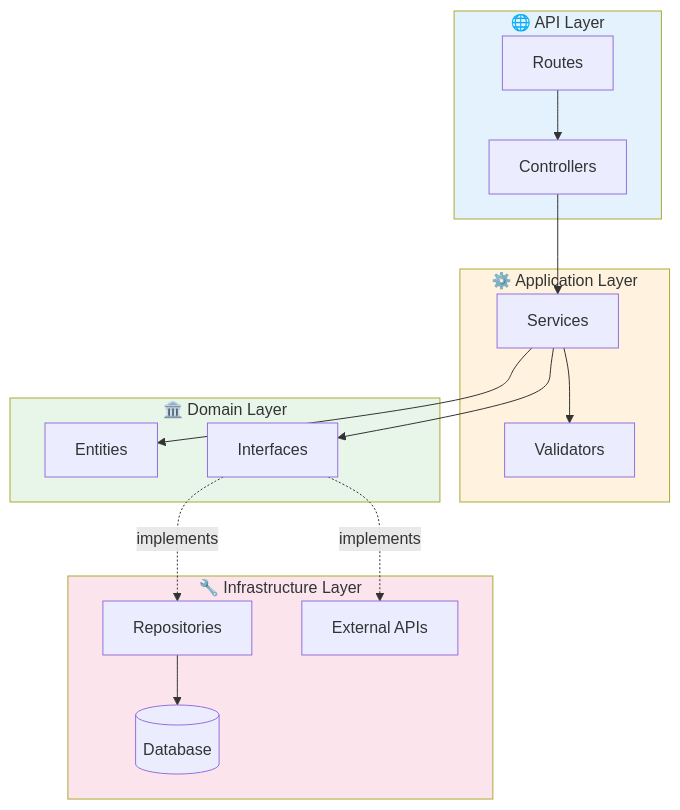
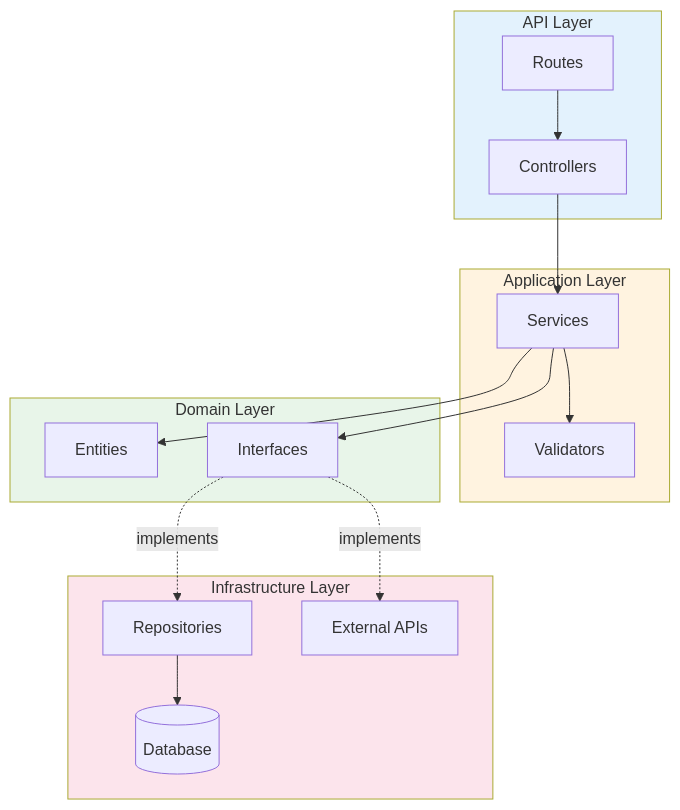
One commit to justinsz/ProPrompt changed the first of 3 diagrams in coders_de.md. Above: the diagram before and after it, drawn with Mermaid. The commit also changed other lines of this file and 11 other files, not shown here.

````diff
--- a/coders_de.md
+++ b/coders_de.md
@@ -138,27 +138,27 @@
 ```mermaid
 flowchart TB
-    subgraph API["🌐 API Layer"]
+    subgraph API[" API Layer"]
         R[Routes] --> C[Controllers]
     end
-    
-    subgraph APP["⚙️ Application Layer"]
+
+    subgraph APP[" Application Layer"]
         C --> S[Services]
         S --> V[Validators]
     end
-    
-    subgraph DOMAIN["🏛️ Domain Layer"]
+
+    subgraph DOMAIN[" Domain Layer"]
         S --> E[Entities]
         S --> I[Interfaces]
     end
-    
-    subgraph INFRA["🔧 Infrastructure Layer"]
+
+    subgraph INFRA[" Infrastructure Layer"]
         I -.-> |implements| Repo[Repositories]
         Repo --> DB[(Database)]
         I -.-> |implements| Ext[External APIs]
     end
-    
+
     style API fill:#e3f2fd
     style APP fill:#fff3e0
     style DOMAIN fill:#e8f5e9
     style INFRA fill:#fce4ec
 ```
````
